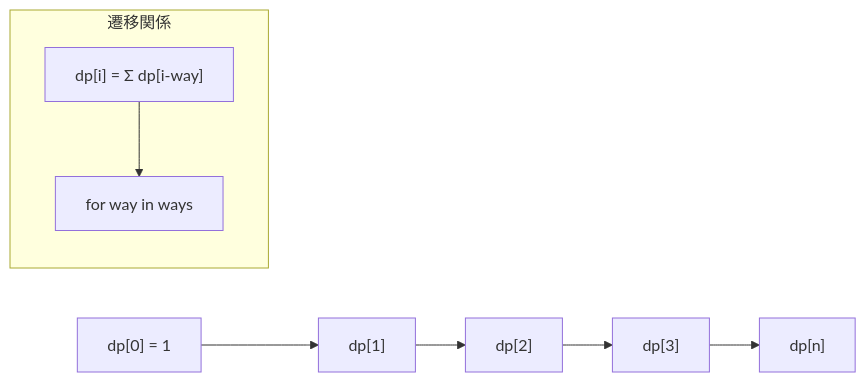
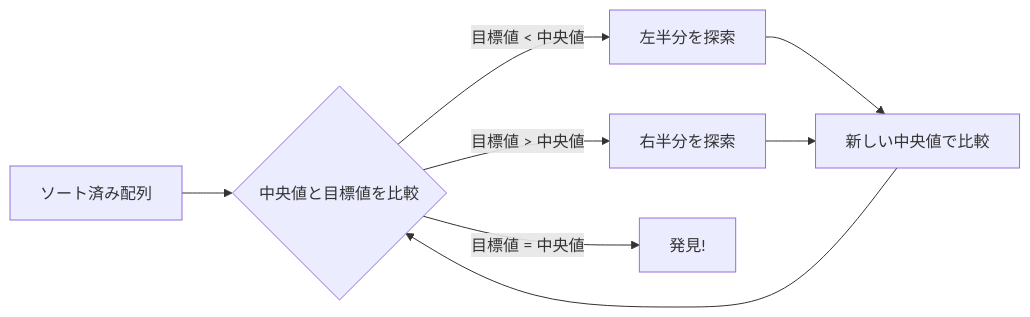
The second of 11 diagrams in README.md (myoshi2891/Algorithm-DataStructures-Math-SQL), drawn with Mermaid before and after one commit. The commit also changed other lines of this file, not shown here.

````diff
--- a/README.md
+++ b/README.md
@@ -108,12 +101,10 @@
 ```mermaid
 graph LR
-    A["dp[0] = 1"] --> B["dp[1]"]
-    B --> C["dp[2]"]
-    C --> D["dp[3]"]
-    D --> E["dp[n]"]
-    
-    subgraph "遷移関係"
-    F["dp[i] = Σ dp[i-way]"] 
-    F --> G["for way in ways"]
-    end
+    A[ソート済み配列] --> B{中央値と目標値を比較}
+    B -->|目標値 < 中央値| C[左半分を探索]
+    B -->|目標値 > 中央値| D[右半分を探索]
+    B -->|目標値 = 中央値| E[発見!]
+    C --> F[新しい中央値で比較]
+    D --> F
+    F --> B
 ```
````
